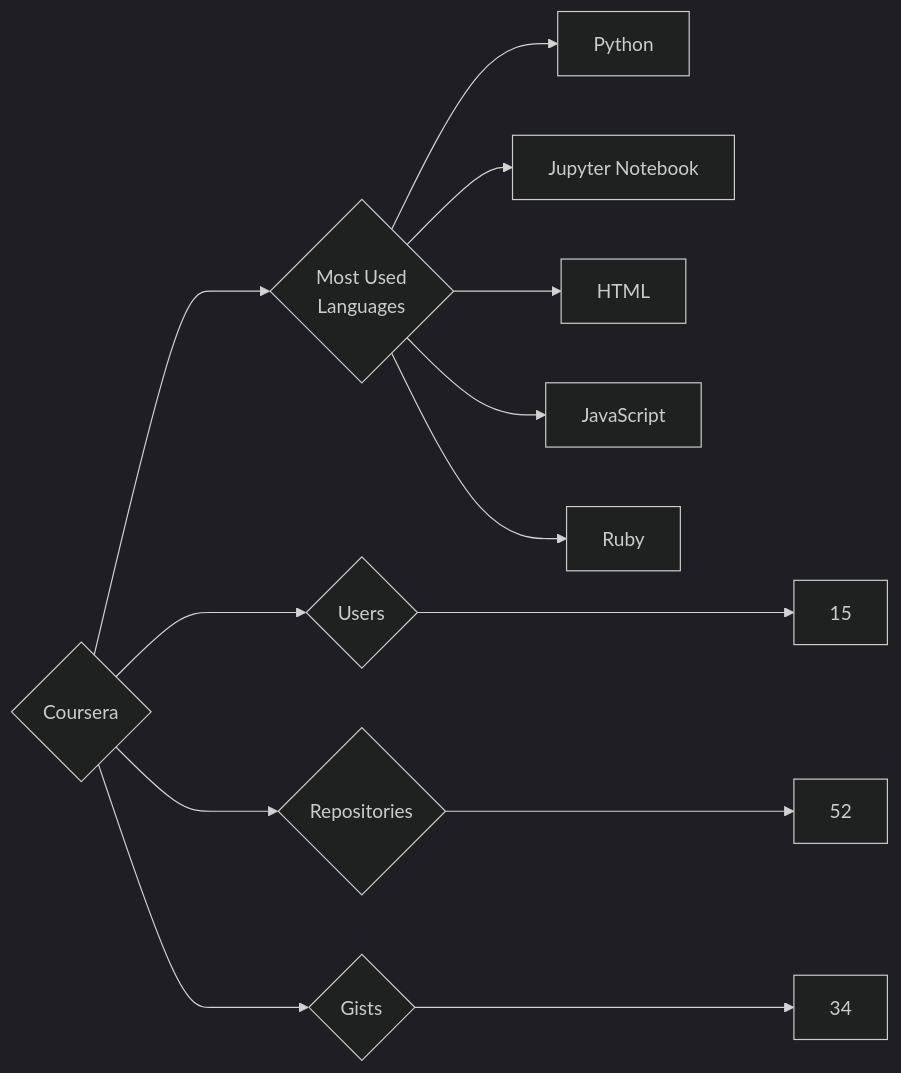
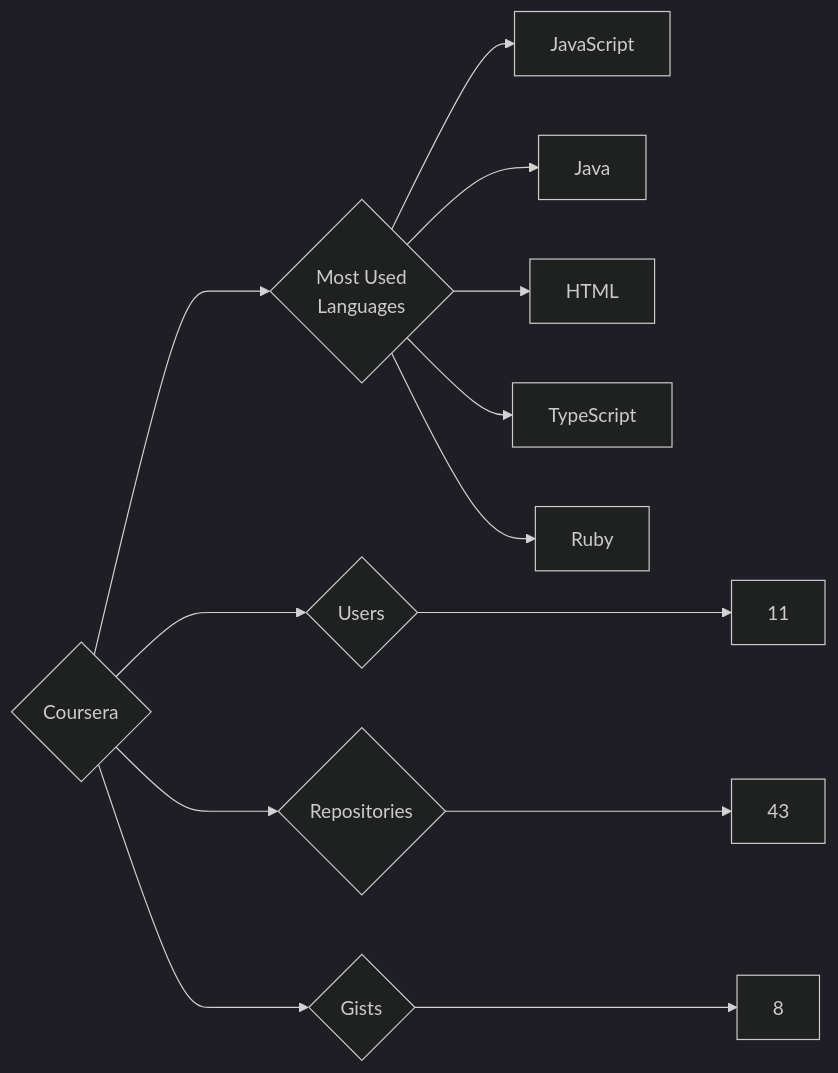
The diagram in targets/Coursera/README.md (trickest/insiders), drawn with Mermaid (dark theme) before and after one commit. The commit also changed 636 other files, not shown here.

````diff
--- a/targets/Coursera/README.md
+++ b/targets/Coursera/README.md
@@ -3,13 +3,13 @@
 ```mermaid
 graph LR
 COMPANY_NAME{Coursera}
-COMPANY_NAME ---> U{Users} ---> UN[15]
-COMPANY_NAME ---> R{Repositories} ---> RN[52]
-COMPANY_NAME ---> G{Gists} ---> GN[34]
+COMPANY_NAME ---> U{Users} ---> UN[11]
+COMPANY_NAME ---> R{Repositories} ---> RN[43]
+COMPANY_NAME ---> G{Gists} ---> GN[8]
 COMPANY_NAME ---> ML{Most Used<br>Languages}
-ML --> Python[Python]
-ML --> Jupyter_Notebook[Jupyter Notebook]
+ML --> JavaScript[JavaScript]
+ML --> Java[Java]
 ML --> HTML[HTML]
-ML --> JavaScript[JavaScript]
+ML --> TypeScript[TypeScript]
 ML --> Ruby[Ruby]
 ```
````
